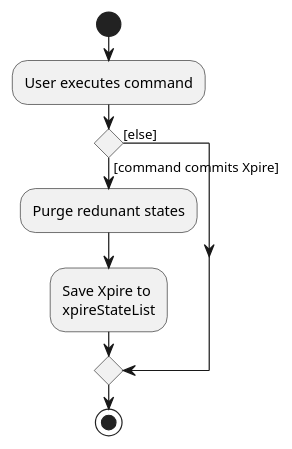
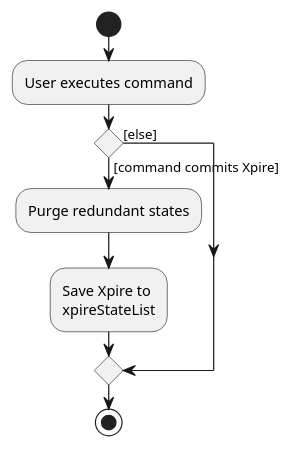
The diagram in docs/diagrams/CommitActivityDiagram.puml (nus-cs2103-AY1920S1/addressbook-level3), drawn with PlantUML before and after one commit. The commit also changed 25 other files, not shown here.

```diff
--- a/docs/diagrams/CommitActivityDiagram.puml
+++ b/docs/diagrams/CommitActivityDiagram.puml
@@ -1,15 +1,15 @@
 @startuml
 start
 :User executes command;
 
 'Since the beta syntax does not support placing the condition outside the
 'diamond we place it as the true branch instead.
 
 if () then ([command commits Xpire])
-    :Purge redunant states;
+    :Purge redundant states;
     :Save Xpire to
     xpireStateList;
 else ([else])
 endif
 stop
 @enduml
```
